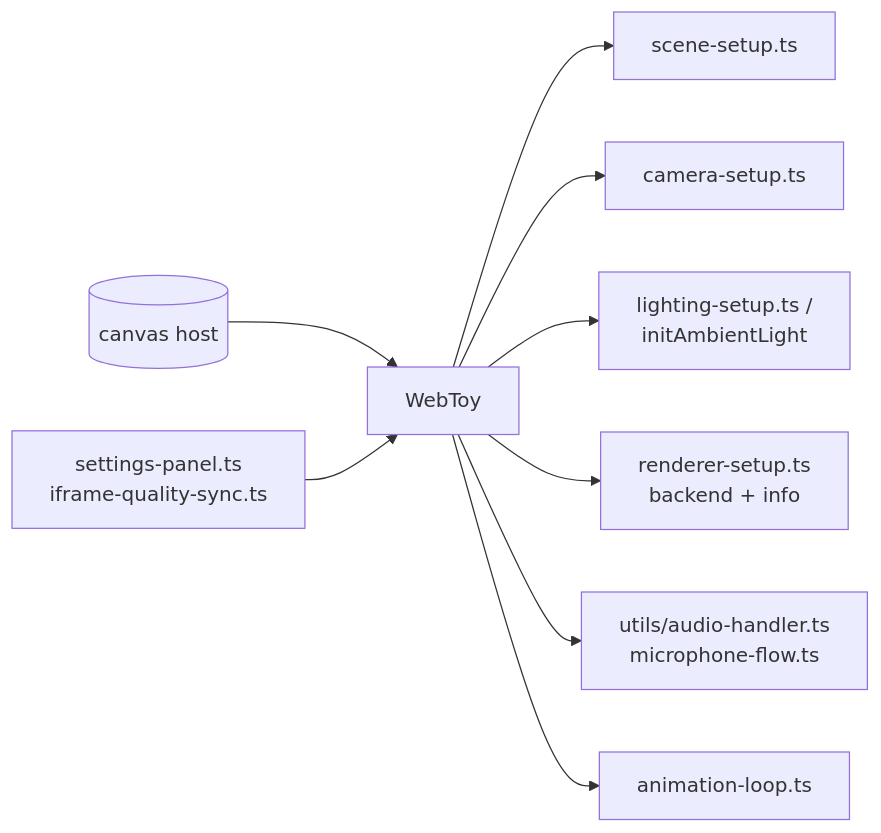
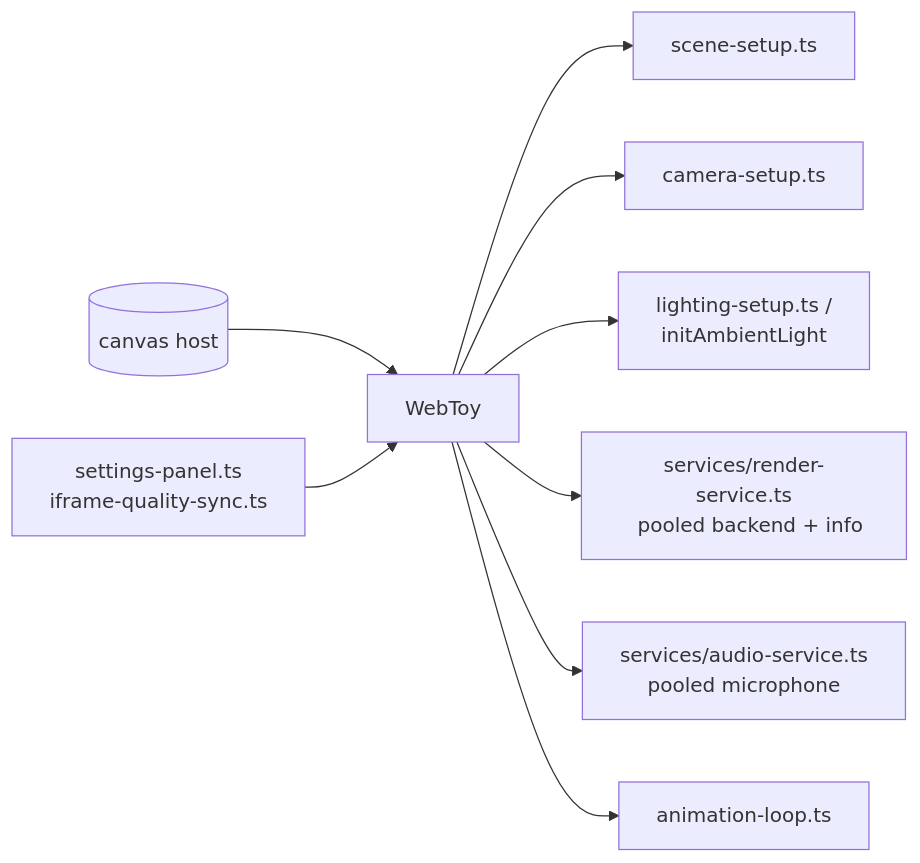
One commit to zz-plant/stims changed the third of 3 diagrams in docs/ARCHITECTURE.md. Above: the diagram before and after it, drawn with Mermaid. The commit also changed other lines of this file and 2 other files, not shown here.

Commit message:
Add pooled renderer and audio services

````diff
--- a/docs/ARCHITECTURE.md
+++ b/docs/ARCHITECTURE.md
@@ -70,15 +71,15 @@
 ```mermaid
 graph LR
   Canvas[(canvas host)] --> WebToy
   WebToy --> Scene[scene-setup.ts]
   WebToy --> Camera[camera-setup.ts]
   WebToy --> Lighting[lighting-setup.ts /
   initAmbientLight]
-  WebToy --> Renderer[renderer-setup.ts
-  backend + info]
-  WebToy --> Audio[utils/audio-handler.ts
-  microphone-flow.ts]
+  WebToy --> Renderer[services/render-service.ts
+  pooled backend + info]
+  WebToy --> Audio[services/audio-service.ts
+  pooled microphone]
   WebToy --> Loop[animation-loop.ts]
   Settings[settings-panel.ts
   iframe-quality-sync.ts] --> WebToy
 ```
````
